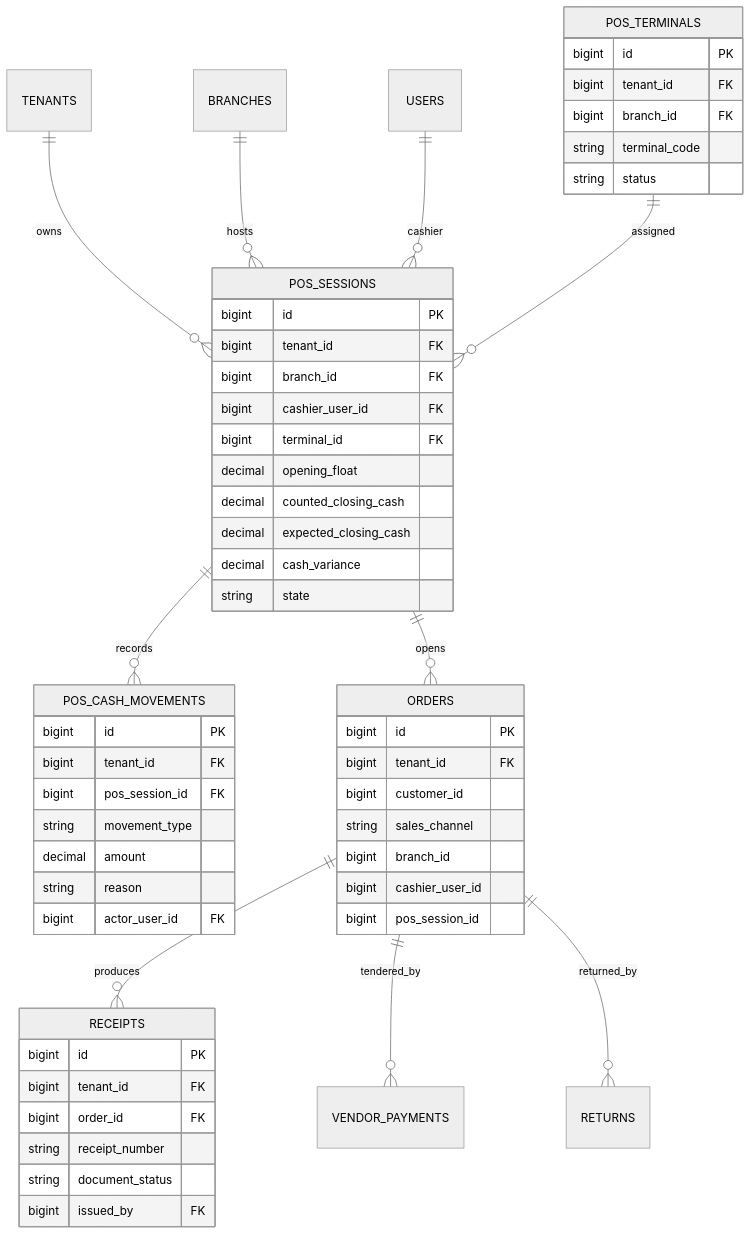
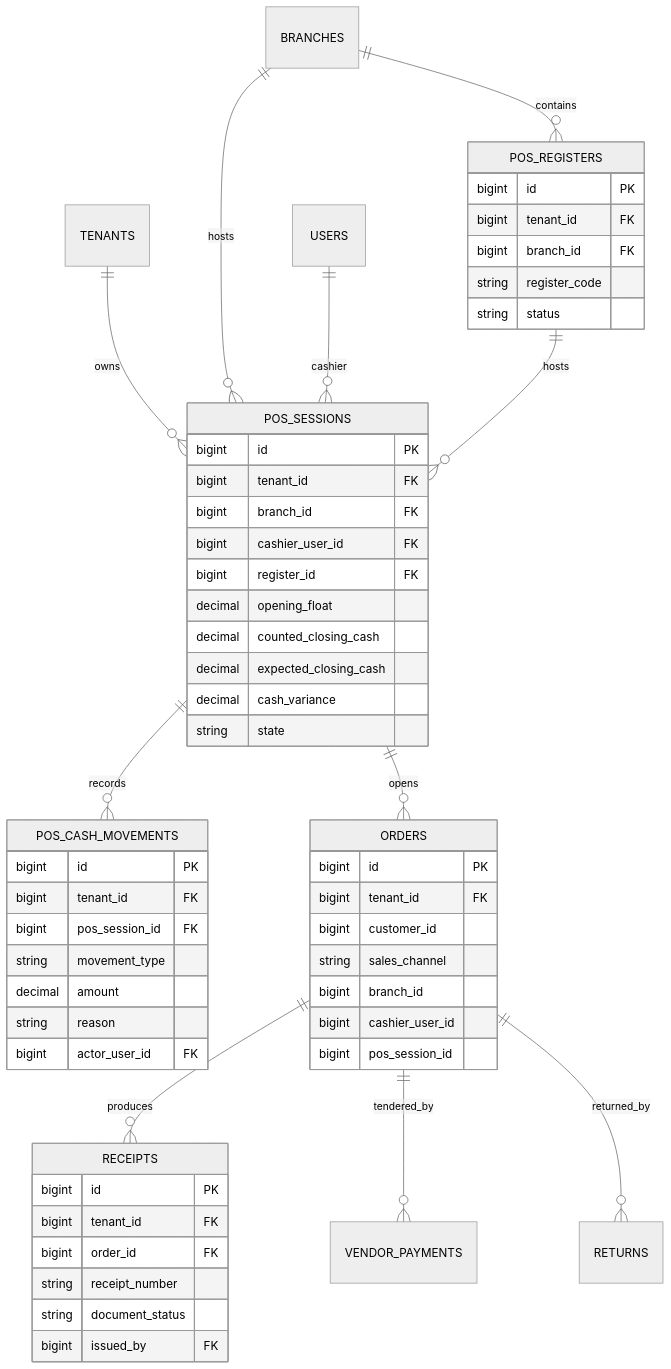
Before and after one commit to rambrij/saumya-solar-energy-product: the tenth of 10 diagrams in saumya-solar-production-ready-srs-hld.md, drawn with Mermaid (neutral theme). The commit also changed other lines of this file, not shown here.

Commit message:
docs(v2): align POS workflows, data integrity and acceptance criteria

```diff
--- a/saumya-solar-production-ready-srs-hld.md
+++ b/saumya-solar-production-ready-srs-hld.md
@@ -907,58 +932,59 @@
 ~~~mermaid
 erDiagram
   TENANTS ||--o{ POS_SESSIONS : owns
   BRANCHES ||--o{ POS_SESSIONS : hosts
   USERS ||--o{ POS_SESSIONS : cashier
   POS_SESSIONS ||--o{ POS_CASH_MOVEMENTS : records
   POS_SESSIONS ||--o{ ORDERS : opens
   ORDERS ||--o{ RECEIPTS : produces
   ORDERS ||--o{ VENDOR_PAYMENTS : tendered_by
   ORDERS ||--o{ RETURNS : returned_by
-  POS_TERMINALS ||--o{ POS_SESSIONS : assigned
+  BRANCHES ||--o{ POS_REGISTERS : contains
+  POS_REGISTERS ||--o{ POS_SESSIONS : hosts
 
   POS_SESSIONS {
     bigint id PK
     bigint tenant_id FK
     bigint branch_id FK
     bigint cashier_user_id FK
-    bigint terminal_id FK
+    bigint register_id FK
     decimal opening_float
     decimal counted_closing_cash
     decimal expected_closing_cash
     decimal cash_variance
     string state
   }
   POS_CASH_MOVEMENTS {
     bigint id PK
     bigint tenant_id FK
     bigint pos_session_id FK
     string movement_type
     decimal amount
     string reason
     bigint actor_user_id FK
   }
-  POS_TERMINALS {
+  POS_REGISTERS {
     bigint id PK
     bigint tenant_id FK
     bigint branch_id FK
-    string terminal_code
+    string register_code
     string status
   }
   RECEIPTS {
     bigint id PK
     bigint tenant_id FK
     bigint order_id FK
     string receipt_number
     string document_status
     bigint issued_by FK
   }
   ORDERS {
     bigint id PK
     bigint tenant_id FK
     bigint customer_id
     string sales_channel
     bigint branch_id
     bigint cashier_user_id
     bigint pos_session_id
   }
 ~~~
```
